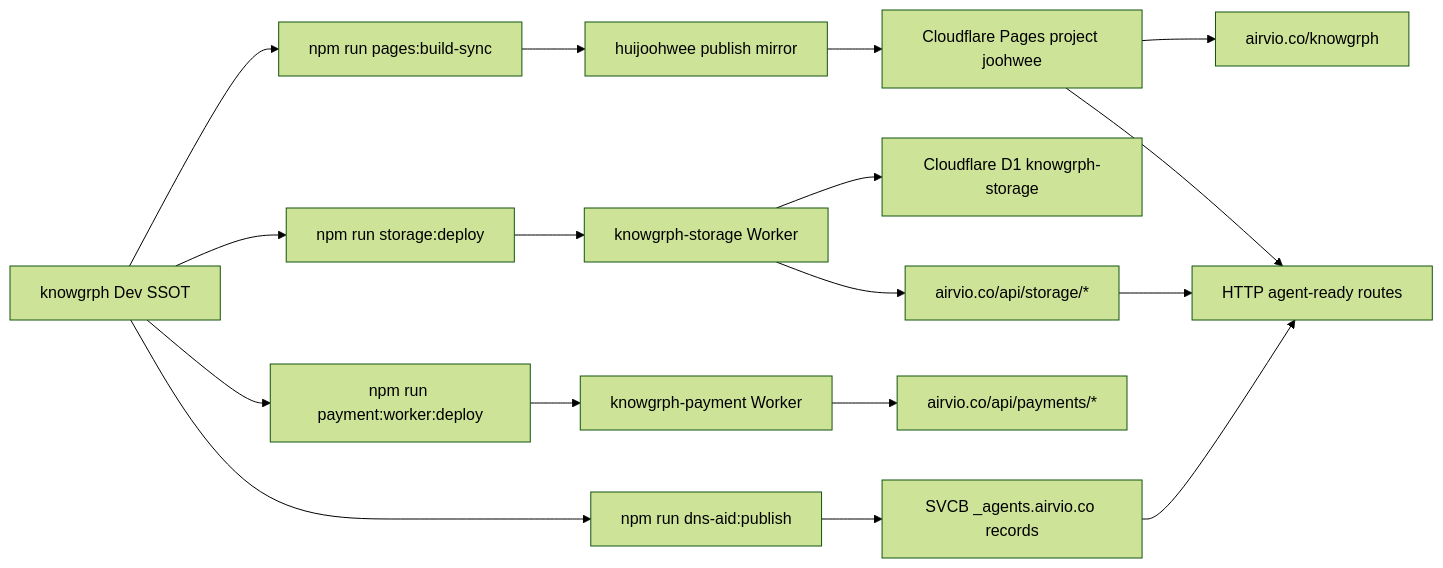
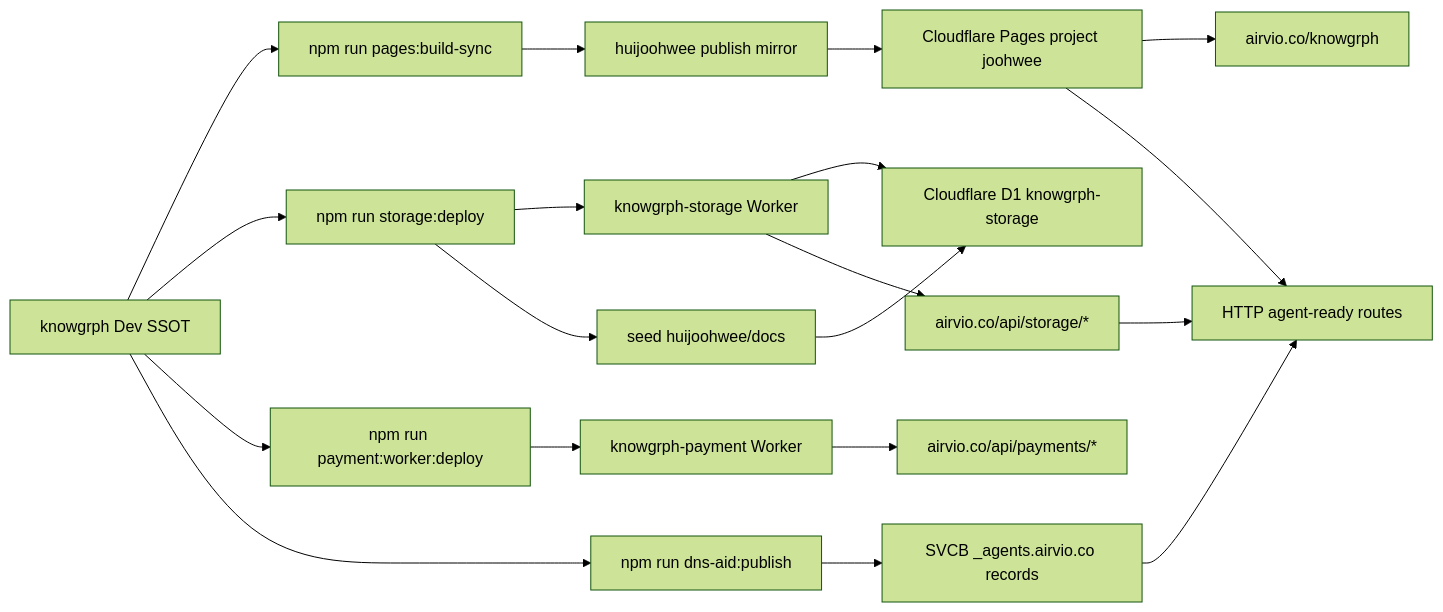
One commit to huijoohwee/knowgrph changed the diagram in docs/documents/knowgrph-cloudflare-document.md. Above: the diagram before and after it, drawn with Mermaid (forest theme). The commit also changed other lines of this file and 6 other files, not shown here.

````diff
--- a/docs/documents/knowgrph-cloudflare-document.md
+++ b/docs/documents/knowgrph-cloudflare-document.md
@@ -261,19 +261,21 @@
 ```mermaid
 flowchart LR
   Dev["knowgrph Dev SSOT"] --> Build["npm run pages:build-sync"]
   Build --> Mirror["huijoohwee publish mirror"]
   Mirror --> Pages["Cloudflare Pages project joohwee"]
   Pages --> App["airvio.co/knowgrph"]
   Pages --> Agent["HTTP agent-ready routes"]
   Dev --> StorageDeploy["npm run storage:deploy"]
   StorageDeploy --> StorageWorker["knowgrph-storage Worker"]
+  StorageDeploy --> D1Seed["seed huijoohwee/docs"]
   StorageWorker --> D1["Cloudflare D1 knowgrph-storage"]
+  D1Seed --> D1
   StorageWorker --> StorageRoutes["airvio.co/api/storage/*"]
   Dev --> PaymentDeploy["npm run payment:worker:deploy"]
   PaymentDeploy --> PaymentWorker["knowgrph-payment Worker"]
   PaymentWorker --> PaymentRoutes["airvio.co/api/payments/*"]
   Dev --> DnsAidPublish["npm run dns-aid:publish"]
   DnsAidPublish --> DnsAid["SVCB _agents.airvio.co records"]
   DnsAid --> Agent
   StorageRoutes --> Agent
 ```
````
